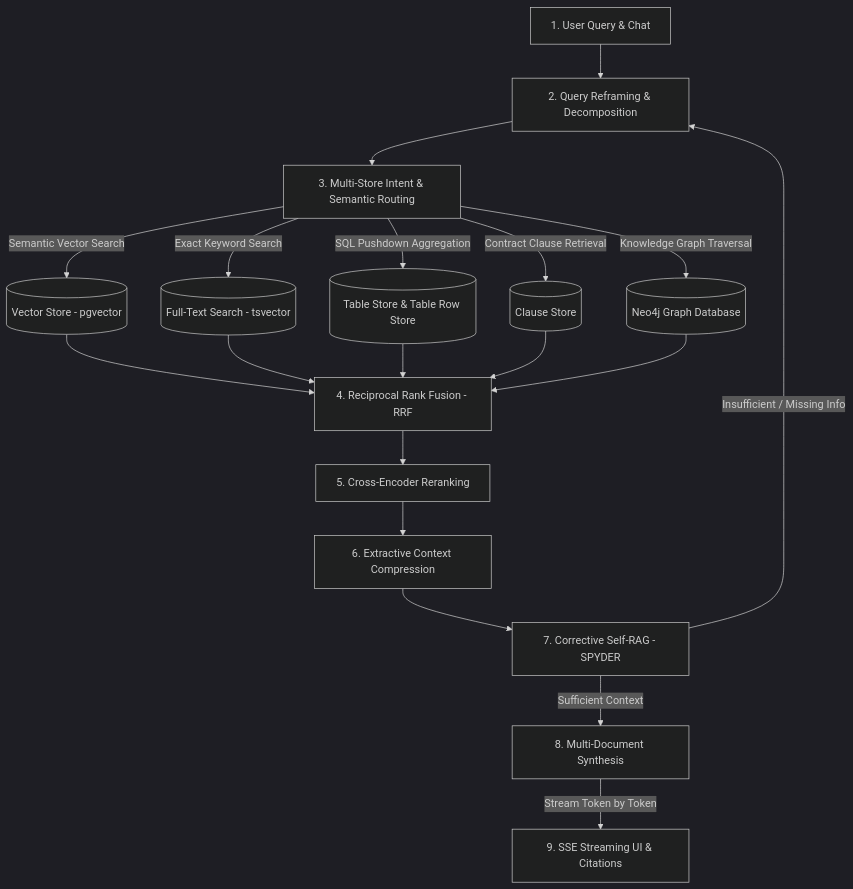
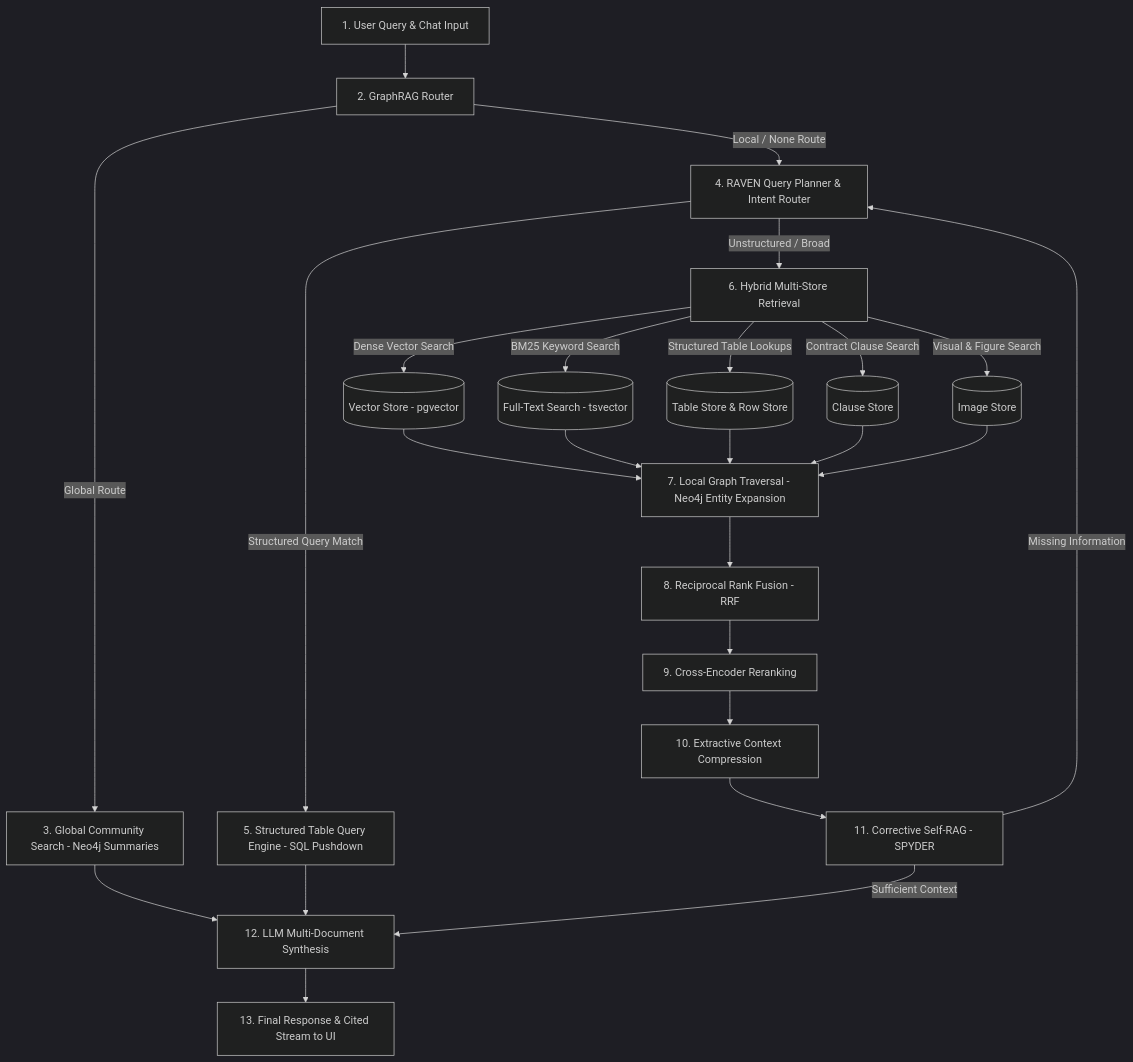
The second of 2 diagrams in docs/ARCHITECTURE.md (Muralidharan-Muthu/Enterprise_RAG), drawn with Mermaid (dark theme) before and after one commit. The commit also changed other lines of this file and 5 other files, not shown here.

Commit message:
feat: implement document parsing, ingestion orchestration, and embedding services with Docling-based processing and architecture documentation.

````diff
--- a/docs/ARCHITECTURE.md
+++ b/docs/ARCHITECTURE.md
@@ -52,21 +52,29 @@
 ```mermaid
 flowchart TD
-    Q1[1. User Query & Chat] --> Q2[2. Query Reframing & Decomposition]
-    Q2 --> Q3[3. Multi-Store Intent & Semantic Routing]
+    Q1[1. User Query & Chat Input] --> Q2[2. GraphRAG Router]
     
-    Q3 -->|Semantic Vector Search| R1[(Vector Store - pgvector)]
-    Q3 -->|Exact Keyword Search| R2[(Full-Text Search - tsvector)]
-    Q3 -->|SQL Pushdown Aggregation| R3[(Table Store & Table Row Store)]
-    Q3 -->|Contract Clause Retrieval| R4[(Clause Store)]
-    Q3 -->|Knowledge Graph Traversal| R5[(Neo4j Graph Database)]
+    Q2 -->|Global Route| G1[3. Global Community Search - Neo4j Summaries]
+    Q2 -->|Local / None Route| Q3[4. RAVEN Query Planner & Intent Router]
     
-    R1 & R2 & R3 & R4 & R5 --> Q4[4. Reciprocal Rank Fusion - RRF]
-    Q4 --> Q5[5. Cross-Encoder Reranking]
-    Q5 --> Q6[6. Extractive Context Compression]
+    Q3 -->|Structured Query Match| S1[5. Structured Table Query Engine - SQL Pushdown]
+    Q3 -->|Unstructured / Broad| Q4[6. Hybrid Multi-Store Retrieval]
     
-    Q6 --> Q7[7. Corrective Self-RAG - SPYDER]
-    Q7 -->|Sufficient Context| Q8[8. Multi-Document Synthesis]
-    Q7 -->|Insufficient / Missing Info| Q2
+    Q4 -->|Dense Vector Search| R1[(Vector Store - pgvector)]
+    Q4 -->|BM25 Keyword Search| R2[(Full-Text Search - tsvector)]
+    Q4 -->|Structured Table Lookups| R3[(Table Store & Row Store)]
+    Q4 -->|Contract Clause Search| R4[(Clause Store)]
+    Q4 -->|Visual & Figure Search| R5[(Image Store)]
     
-    Q8 -->|Stream Token by Token| Q9[9. SSE Streaming UI & Citations]
+    R1 & R2 & R3 & R4 & R5 --> Q5[7. Local Graph Traversal - Neo4j Entity Expansion]
+    Q5 --> Q6[8. Reciprocal Rank Fusion - RRF]
+    Q6 --> Q7[9. Cross-Encoder Reranking]
+    Q7 --> Q8[10. Extractive Context Compression]
+    
+    Q8 --> Q9[11. Corrective Self-RAG - SPYDER]
+    Q9 -->|Sufficient Context| Q10[12. LLM Multi-Document Synthesis]
+    Q9 -->|Missing Information| Q3
+    
+    G1 --> Q10
+    S1 --> Q10
+    Q10 --> Q11[13. Final Response & Cited Stream to UI]
 ```
````
